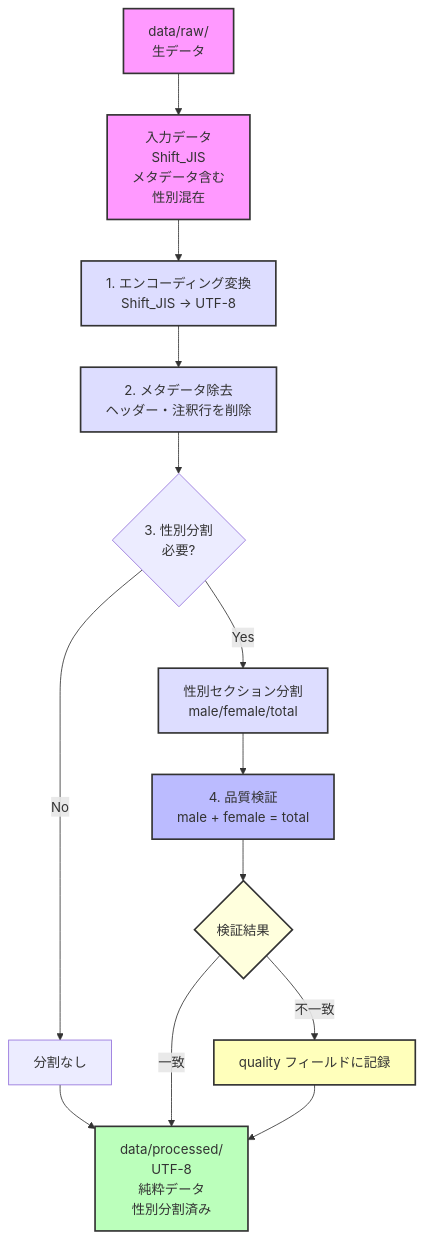
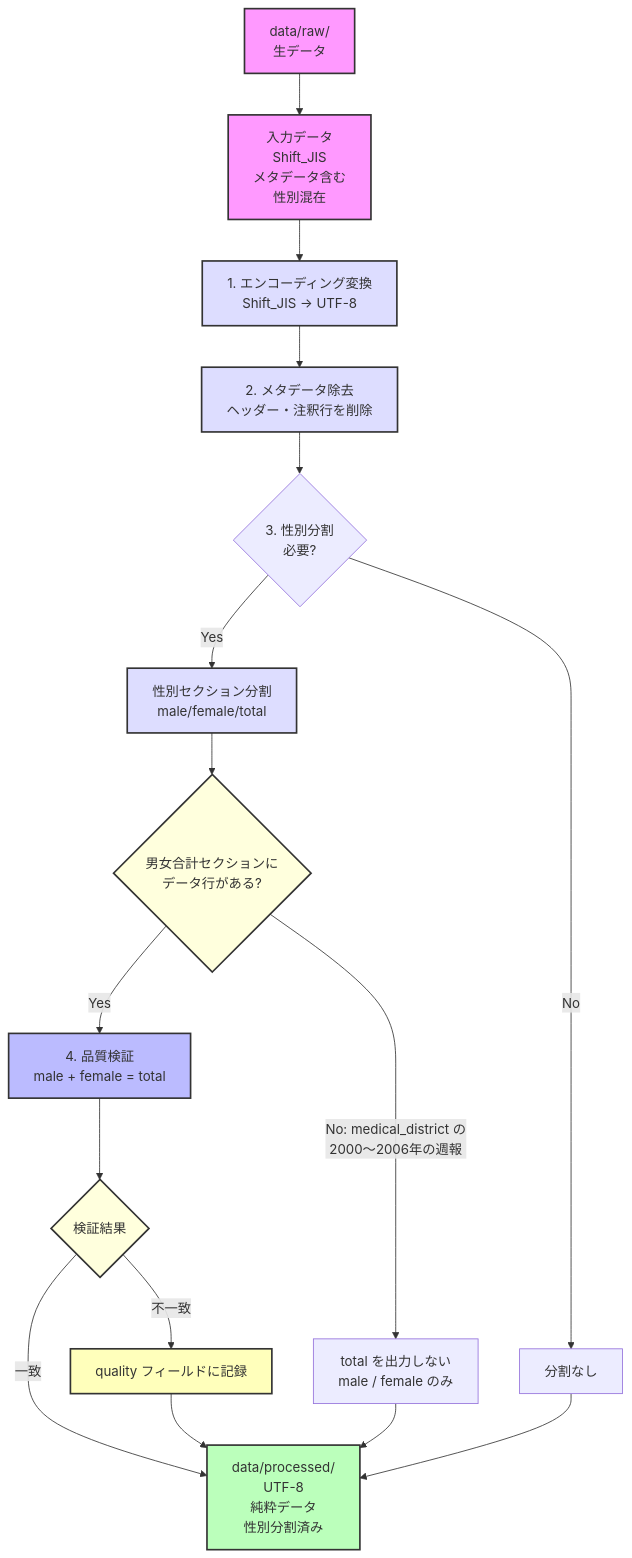
One commit to kambarakun/fetch-tokyo-idsc-github-actions changed the diagram in README.md. Above: the diagram before and after it, drawn with Mermaid. The commit also changed other lines of this file and 7 other files, not shown here.

````diff
--- a/README.md
+++ b/README.md
@@ -413,28 +415,32 @@
 ```mermaid
 flowchart TD
     Start[data/raw/<br/>生データ] --> Input[入力データ<br/>Shift_JIS<br/>メタデータ含む<br/>性別混在]
     Input --> Step1[1. エンコーディング変換<br/>Shift_JIS → UTF-8]
     Step1 --> Step2[2. メタデータ除去<br/>ヘッダー・注釈行を削除]
     Step2 --> Step3{3. 性別分割<br/>必要?}
 
     Step3 -->|Yes| Split[性別セクション分割<br/>male/female/total]
     Step3 -->|No| NoSplit[分割なし]
 
-    Split --> Validate[4. 品質検証<br/>male + female = total]
+    Split --> TotalRows{男女合計セクションに<br/>データ行がある?}
+    TotalRows -->|Yes| Validate[4. 品質検証<br/>male + female = total]
+    TotalRows -->|No: medical_district の<br/>2000〜2006年の週報| NoTotal[total を出力しない<br/>male / female のみ]
+    NoTotal --> Output
     NoSplit --> Output
 
     Validate --> CheckResult{検証結果}
     CheckResult -->|一致| Output[data/processed/<br/>UTF-8<br/>純粋データ<br/>性別分割済み]
     CheckResult -->|不一致| RecordIssue[quality フィールドに記録]
     RecordIssue --> Output
 
     style Start fill:#f9f,stroke:#333,stroke-width:2px
     style Input fill:#f9f,stroke:#333,stroke-width:2px
     style Step1 fill:#ddf,stroke:#333,stroke-width:2px
     style Step2 fill:#ddf,stroke:#333,stroke-width:2px
     style Split fill:#ddf,stroke:#333,stroke-width:2px
+    style TotalRows fill:#ffd,stroke:#333,stroke-width:2px
     style Validate fill:#bbf,stroke:#333,stroke-width:2px
     style CheckResult fill:#ffd,stroke:#333,stroke-width:2px
     style RecordIssue fill:#ffb,stroke:#333,stroke-width:2px
     style Output fill:#bfb,stroke:#333,stroke-width:2px
 ```
````
